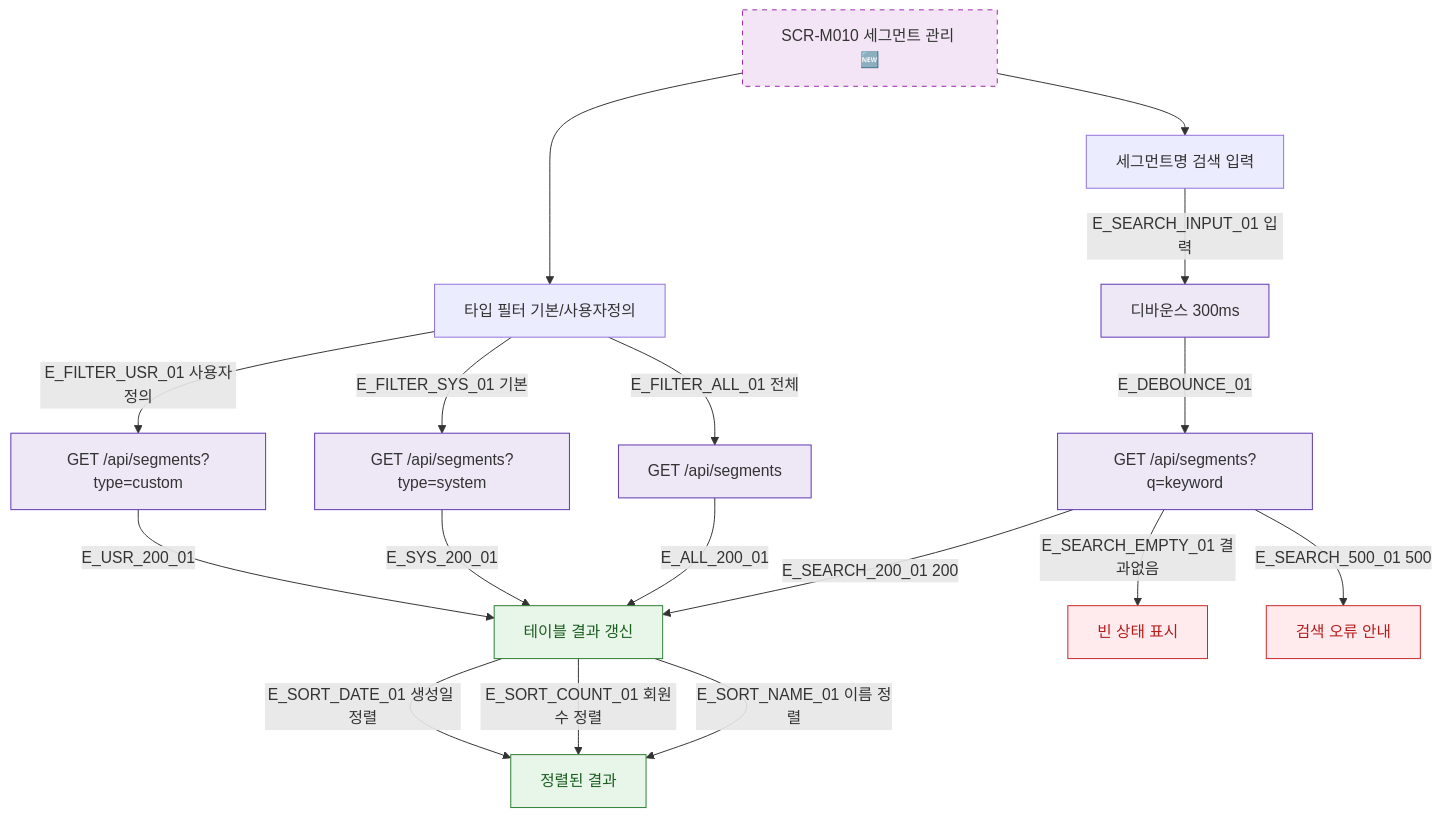
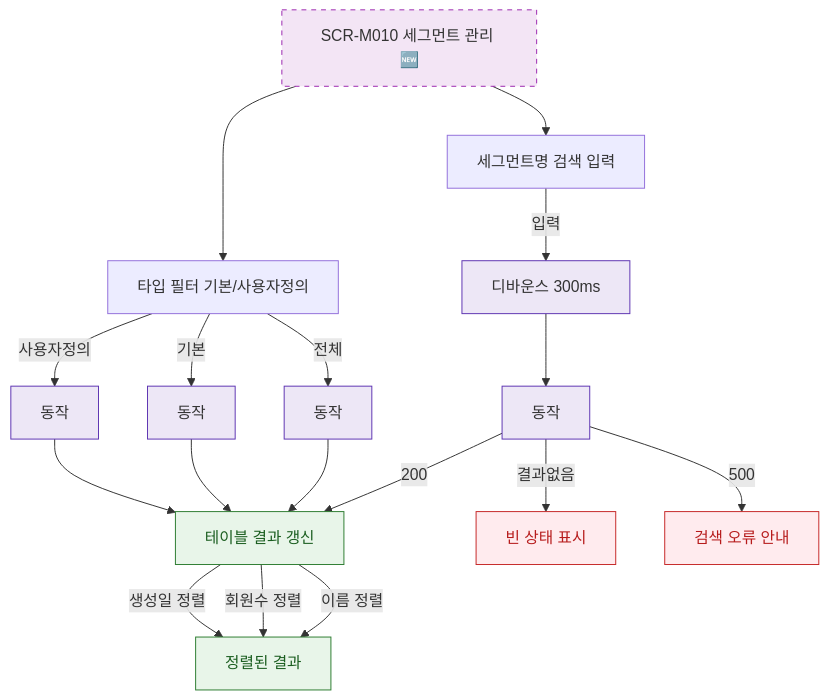
Before and after one commit to dev-spogym/admin-pando: the diagram in docs/다이어그램/D02_회원관리/SCR-M010_세그먼트관리/F4_필터검색.md, drawn with Mermaid. The commit also changed other lines of this file and 1660 other files, not shown here.

First line of the commit message:
다이어그램: 기획자/클라이언트 납품본으로 정리

````diff
--- a/docs/다이어그램/D02_회원관리/SCR-M010_세그먼트관리/F4_필터검색.md
+++ b/docs/다이어그램/D02_회원관리/SCR-M010_세그먼트관리/F4_필터검색.md
@@ -23,36 +21,36 @@
 ```mermaid
 flowchart TD
   SCR_M010[SCR-M010 세그먼트 관리 🆕]
 
   SCR_M010 --> INPUT_SEARCH[세그먼트명 검색 입력]
   SCR_M010 --> FILTER_TYPE[타입 필터 기본/사용자정의]
 
-  INPUT_SEARCH -->|E_SEARCH_INPUT_01 입력| DEBOUNCE[디바운스 300ms]
-  DEBOUNCE    -->|E_DEBOUNCE_01| API_SEARCH[GET /api/segments?q=keyword]
+  INPUT_SEARCH -->|입력|DEBOUNCE[디바운스 300ms]
+  DEBOUNCE --> API_SEARCH[동작]
 
-  API_SEARCH  -->|E_SEARCH_200_01 200| TBL_RESULT[테이블 결과 갱신]
-  API_SEARCH  -->|E_SEARCH_EMPTY_01 결과없음| TBL_EMPTY[빈 상태 표시]
-  API_SEARCH  -->|E_SEARCH_500_01 500| ERR_SEARCH[검색 오류 안내]
+  API_SEARCH -->|200|TBL_RESULT[테이블 결과 갱신]
+  API_SEARCH -->|결과없음|TBL_EMPTY[빈 상태 표시]
+  API_SEARCH -->|500|ERR_SEARCH[검색 오류 안내]
 
-  FILTER_TYPE -->|E_FILTER_ALL_01 전체| API_ALL[GET /api/segments]
-  FILTER_TYPE -->|E_FILTER_SYS_01 기본| API_SYS[GET /api/segments?type=system]
-  FILTER_TYPE -->|E_FILTER_USR_01 사용자정의| API_USR[GET /api/segments?type=custom]
+  FILTER_TYPE -->|전체|API_ALL[동작]
+  FILTER_TYPE -->|기본|API_SYS[동작]
+  FILTER_TYPE -->|사용자정의|API_USR[동작]
 
-  API_ALL -->|E_ALL_200_01| TBL_RESULT
-  API_SYS -->|E_SYS_200_01| TBL_RESULT
-  API_USR -->|E_USR_200_01| TBL_RESULT
+  API_ALL --> TBL_RESULT
+  API_SYS --> TBL_RESULT
+  API_USR --> TBL_RESULT
 
-  TBL_RESULT -->|E_SORT_NAME_01 이름 정렬| SORT_RESULT[정렬된 결과]
-  TBL_RESULT -->|E_SORT_COUNT_01 회원수 정렬| SORT_RESULT
-  TBL_RESULT -->|E_SORT_DATE_01 생성일 정렬| SORT_RESULT
+  TBL_RESULT -->|이름 정렬|SORT_RESULT[정렬된 결과]
+  TBL_RESULT -->|회원수 정렬|SORT_RESULT
+  TBL_RESULT -->|생성일 정렬|SORT_RESULT
 
   classDef newFeature fill:#F3E5F5,stroke:#9C27B0,stroke-dasharray:5 5
-  classDef success    fill:#E8F5E9,stroke:#2E7D32,color:#1B5E20
-  classDef error      fill:#FFEBEE,stroke:#C62828,color:#B71C1C
-  classDef system     fill:#EDE7F6,stroke:#5E35B2
+  classDef success fill:#E8F5E9,stroke:#2E7D32,color:#1B5E20
+  classDef error fill:#FFEBEE,stroke:#C62828,color:#B71C1C
+  classDef system fill:#EDE7F6,stroke:#5E35B2
 
   class SCR_M010 newFeature
   class TBL_RESULT,SORT_RESULT success
   class TBL_EMPTY,ERR_SEARCH error
   class DEBOUNCE,API_SEARCH,API_ALL,API_SYS,API_USR system
 ```
````
